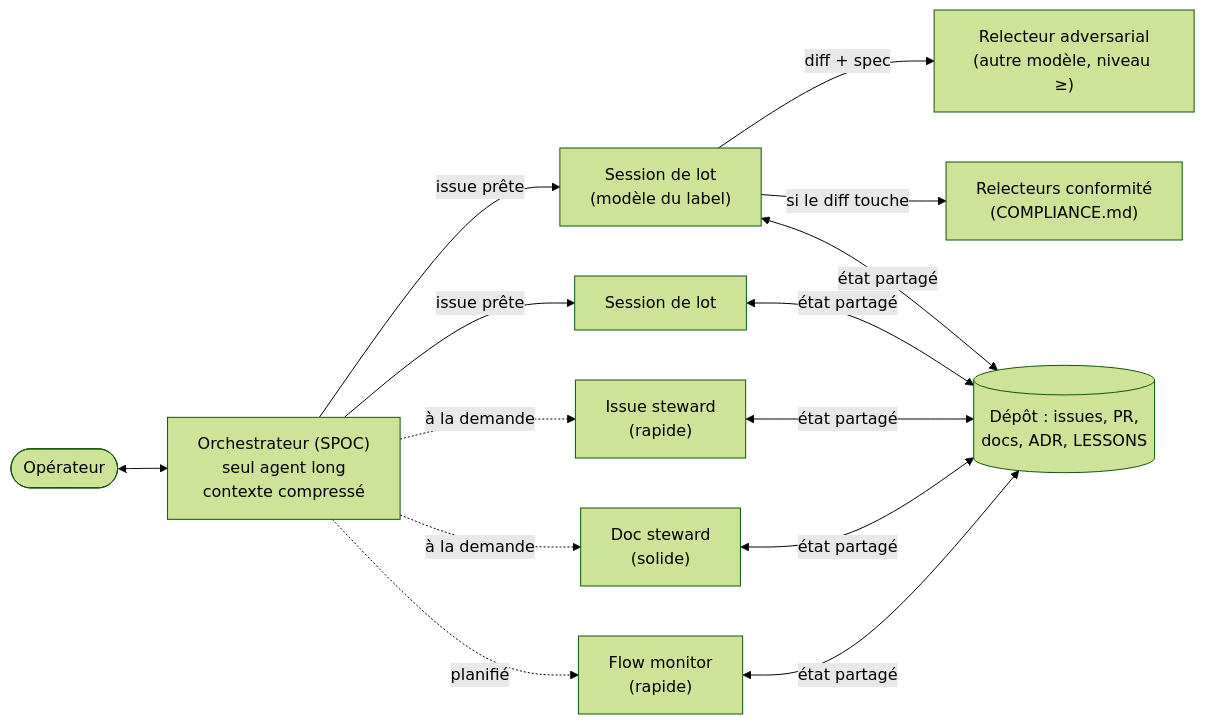
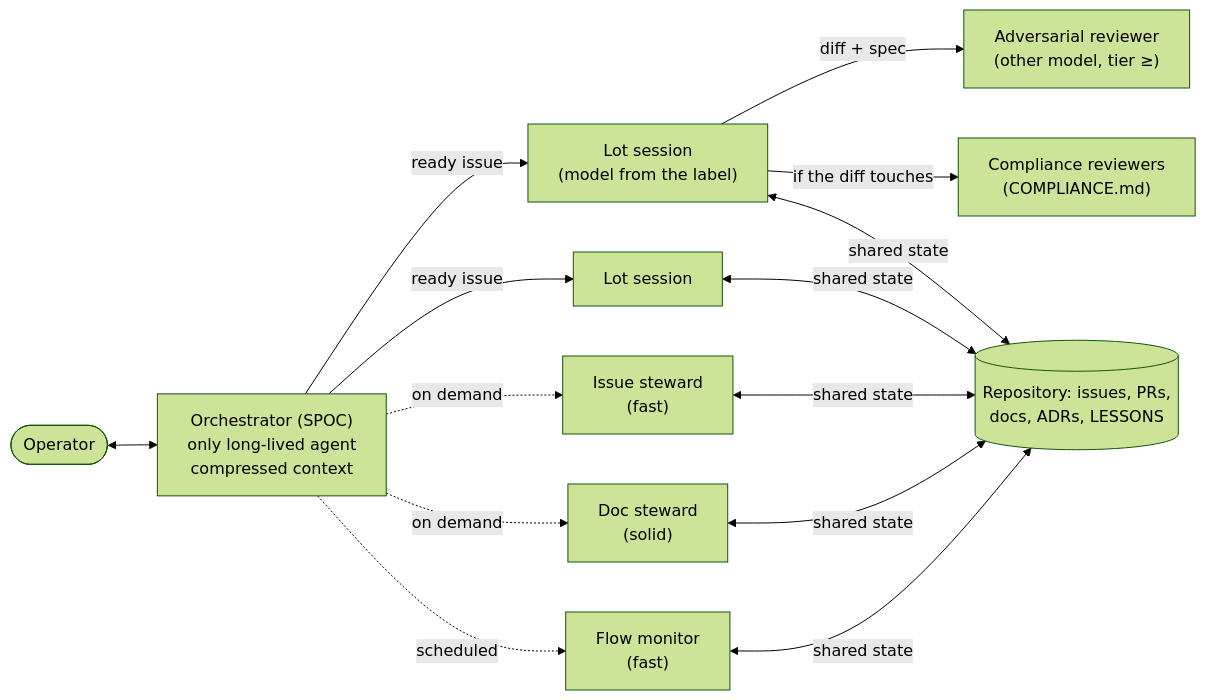
The diagram in docs/FINOPS.md (francoisgn/Agentic-Harness), drawn with Mermaid (forest theme) before and after one commit. The commit also changed other lines of this file and 52 other files, not shown here.

First line of the commit message:
Translate docs, README, lessons, ADRs, skills and agents to English (work in progress)

````diff
--- a/docs/FINOPS.md
+++ b/docs/FINOPS.md
@@ -9,12 +9,12 @@
 ```mermaid
 flowchart LR
-  OP([Opérateur]) <--> ORC["Orchestrateur (SPOC)<br/>seul agent long<br/>contexte compressé"]
-  ORC -->|issue prête| W1["Session de lot<br/>(modèle du label)"]
-  ORC -->|issue prête| W2["Session de lot"]
-  ORC -.->|à la demande| IS["Issue steward<br/>(rapide)"]
-  ORC -.->|à la demande| DS["Doc steward<br/>(solide)"]
-  ORC -.->|planifié| FM["Flow monitor<br/>(rapide)"]
-  W1 -->|diff + spec| R1["Relecteur adversarial<br/>(autre modèle, niveau ≥)"]
-  W1 -->|si le diff touche| C1["Relecteurs conformité<br/>(COMPLIANCE.md)"]
-  W1 & W2 & IS & DS & FM <-->|état partagé| REPO[("Dépôt : issues, PR,<br/>docs, ADR, LESSONS")]
+  OP([Operator]) <--> ORC["Orchestrator (SPOC)<br/>only long-lived agent<br/>compressed context"]
+  ORC -->|ready issue| W1["Lot session<br/>(model from the label)"]
+  ORC -->|ready issue| W2["Lot session"]
+  ORC -.->|on demand| IS["Issue steward<br/>(fast)"]
+  ORC -.->|on demand| DS["Doc steward<br/>(solid)"]
+  ORC -.->|scheduled| FM["Flow monitor<br/>(fast)"]
+  W1 -->|diff + spec| R1["Adversarial reviewer<br/>(other model, tier ≥)"]
+  W1 -->|if the diff touches| C1["Compliance reviewers<br/>(COMPLIANCE.md)"]
+  W1 & W2 & IS & DS & FM <-->|shared state| REPO[("Repository: issues, PRs,<br/>docs, ADRs, LESSONS")]
 ```
````
